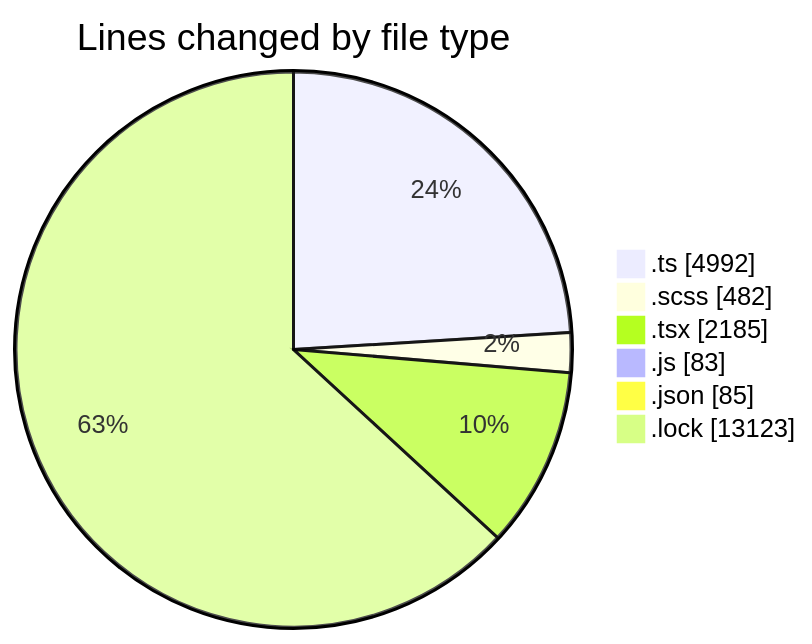
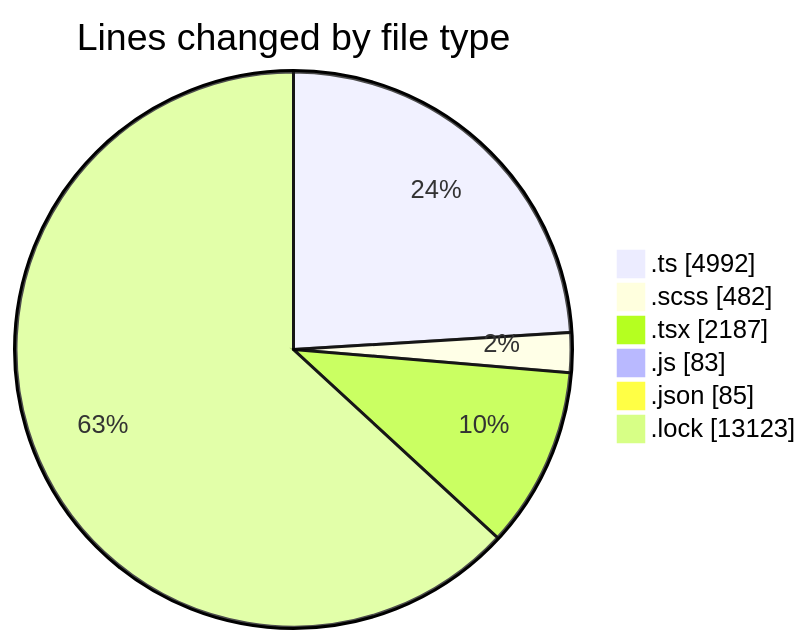
The first of 2 diagrams in 2025-09-12/cda/README.md (momahboobian/code-tracking), drawn with Mermaid before and after one commit. The commit also changed other lines of this file and 1 other file, not shown here.

````diff
--- a/2025-09-12/cda/README.md
+++ b/2025-09-12/cda/README.md
@@ -34,10 +34,10 @@
 ```mermaid
 pie showData
 title Lines changed by file type
 ".ts" : 4992
 ".scss" : 482
-".tsx" : 2185
+".tsx" : 2187
 ".js" : 83
 ".json" : 85
 ".lock" : 13123
 ```
````
